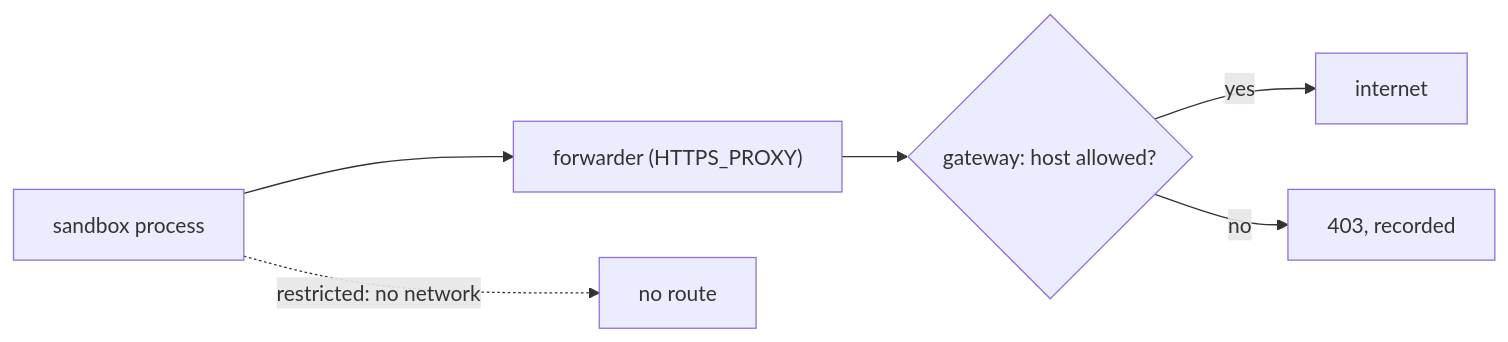
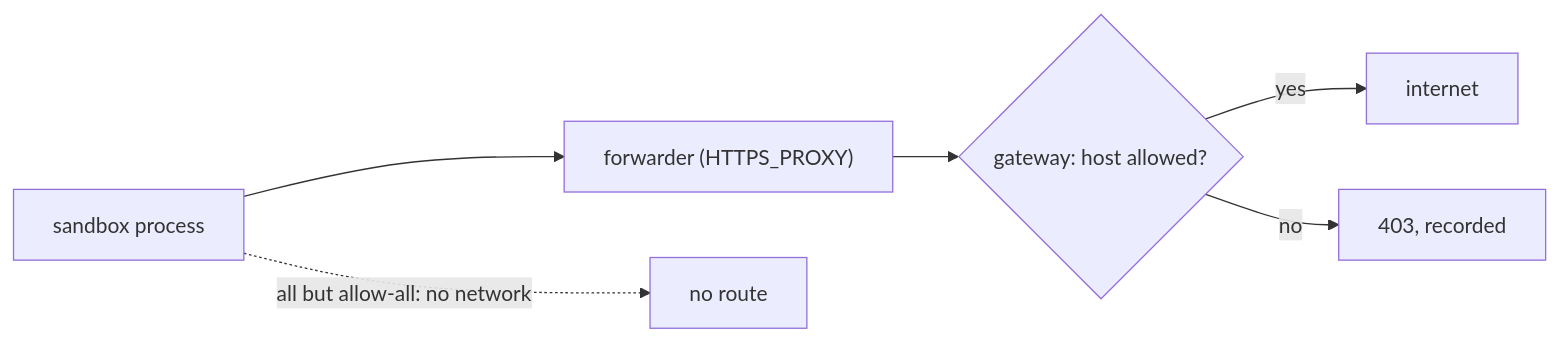
One commit to invertase/reeval changed the diagram in docs/concepts/egress.mdx. Above: the diagram before and after it, drawn with Mermaid. The commit also changed other lines of this file and 130 other files, not shown here.

````diff
--- a/docs/concepts/egress.mdx
+++ b/docs/concepts/egress.mdx
@@ -93,8 +94,8 @@
 ```mermaid
 flowchart LR
   S[sandbox process] --> P["forwarder (HTTPS_PROXY)"]
   P --> G{gateway: host allowed?}
   G -- yes --> N[internet]
   G -- no --> R[403, recorded]
-  S -. restricted: no network .-> X[no route]
+  S -. all but allow-all: no network .-> X[no route]
 ```
````
